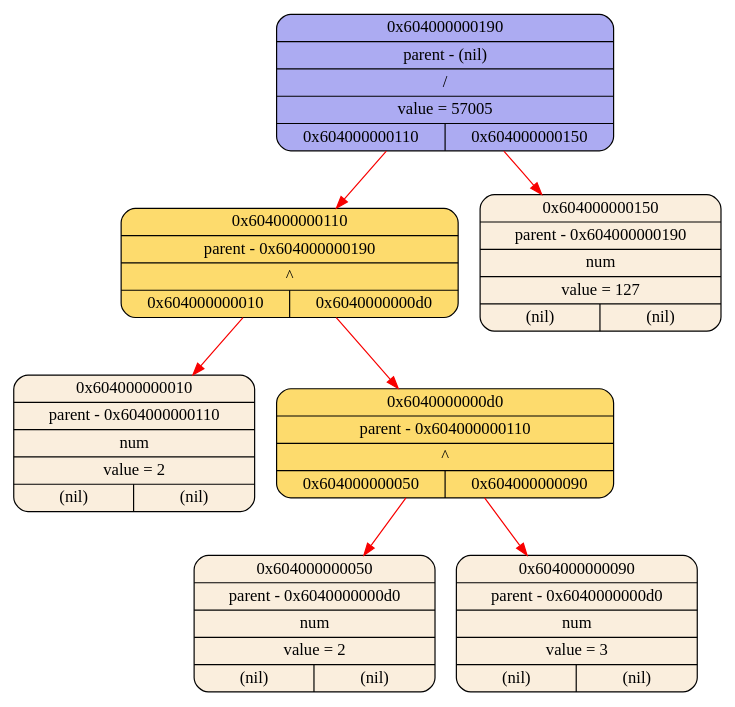
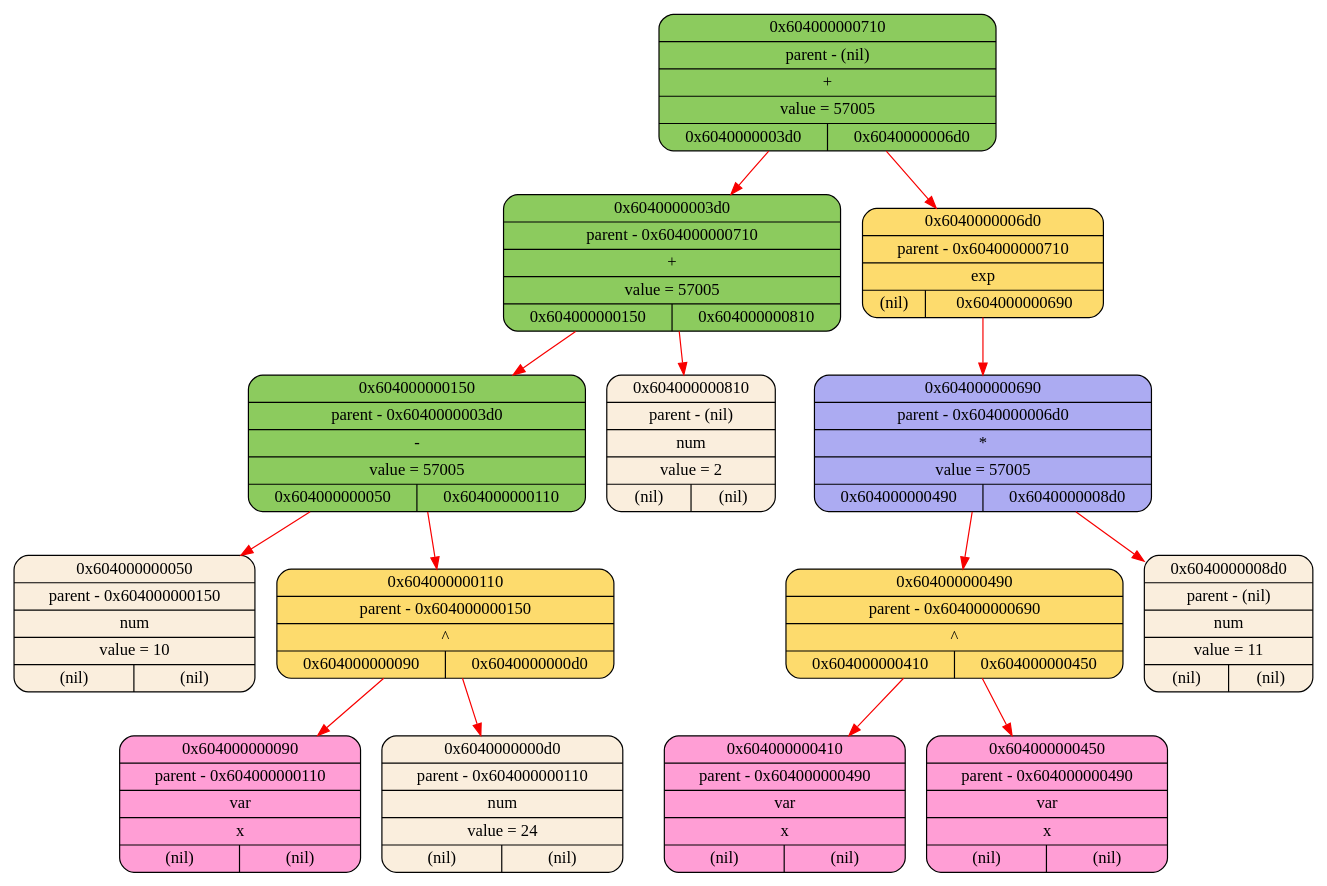
Before and after one commit to 2APetrin/differentiator: the diagram in logs/log_graphviz.dot, drawn with Graphviz. The commit also changed 23 other files, not shown here.

```diff
--- a/logs/log_graphviz.dot
+++ b/logs/log_graphviz.dot
@@ -1,16 +1,30 @@
 digraph
 {
-    node_0x604000000010[shape = Mrecord, label = "{{0x604000000010} | {parent - 0x604000000110} | {num} | {value = 2} | {(nil)|(nil)}}", style = "filled", fillcolor = "#FAEEDD"];
-    node_0x604000000050[shape = Mrecord, label = "{{0x604000000050} | {parent - 0x6040000000d0} | {num} | {value = 2} | {(nil)|(nil)}}", style = "filled", fillcolor = "#FAEEDD"];
-    node_0x604000000090[shape = Mrecord, label = "{{0x604000000090} | {parent - 0x6040000000d0} | {num} | {value = 3} | {(nil)|(nil)}}", style = "filled", fillcolor = "#FAEEDD"];
-    node_0x6040000000d0[shape = Mrecord, label = "{{0x6040000000d0} | {parent - 0x604000000110} | {^} | {0x604000000050|0x604000000090}}", style = "filled", fillcolor = "#FDDB6D"];
-    node_0x604000000110[shape = Mrecord, label = "{{0x604000000110} | {parent - 0x604000000190} | {^} | {0x604000000010|0x6040000000d0}}", style = "filled", fillcolor = "#FDDB6D"];
-    node_0x604000000150[shape = Mrecord, label = "{{0x604000000150} | {parent - 0x604000000190} | {num} | {value = 127} | {(nil)|(nil)}}", style = "filled", fillcolor = "#FAEEDD"];
-    node_0x604000000190[shape = Mrecord, label = "{{0x604000000190} | {parent - (nil)} | {/} | {value = 57005} | {0x604000000110|0x604000000150}}", style = "filled", fillcolor = "#ACABF2"];
-    node_0x604000000190->node_0x604000000110 [color = "#F80000"];
-    node_0x604000000110->node_0x604000000010 [color = "#F80000"];
+    node_0x604000000050[shape = Mrecord, label = "{{0x604000000050} | {parent - 0x604000000150} | {num} | {value = 10} | {(nil)|(nil)}}", style = "filled", fillcolor = "#FAEEDD"];
+    node_0x604000000090[shape = Mrecord, label = "{{0x604000000090} | {parent - 0x604000000110} | {var} | {x} | {(nil)|(nil)}}", style = "filled", fillcolor = "#FF9ED5"];
+    node_0x6040000000d0[shape = Mrecord, label = "{{0x6040000000d0} | {parent - 0x604000000110} | {num} | {value = 24} | {(nil)|(nil)}}", style = "filled", fillcolor = "#FAEEDD"];
+    node_0x604000000110[shape = Mrecord, label = "{{0x604000000110} | {parent - 0x604000000150} | {^} | {0x604000000090|0x6040000000d0}}", style = "filled", fillcolor = "#FDDB6D"];
+    node_0x604000000150[shape = Mrecord, label = "{{0x604000000150} | {parent - 0x6040000003d0} | {-} | {value = 57005} | {0x604000000050|0x604000000110}}", style = "filled", fillcolor = "#8CCB5E"];
+    node_0x604000000810[shape = Mrecord, label = "{{0x604000000810} | {parent - (nil)} | {num} | {value = 2} | {(nil)|(nil)}}", style = "filled", fillcolor = "#FAEEDD"];
+    node_0x6040000003d0[shape = Mrecord, label = "{{0x6040000003d0} | {parent - 0x604000000710} | {+} | {value = 57005} | {0x604000000150|0x604000000810}}", style = "filled", fillcolor = "#8CCB5E"];
+    node_0x604000000410[shape = Mrecord, label = "{{0x604000000410} | {parent - 0x604000000490} | {var} | {x} | {(nil)|(nil)}}", style = "filled", fillcolor = "#FF9ED5"];
+    node_0x604000000450[shape = Mrecord, label = "{{0x604000000450} | {parent - 0x604000000490} | {var} | {x} | {(nil)|(nil)}}", style = "filled", fillcolor = "#FF9ED5"];
+    node_0x604000000490[shape = Mrecord, label = "{{0x604000000490} | {parent - 0x604000000690} | {^} | {0x604000000410|0x604000000450}}", style = "filled", fillcolor = "#FDDB6D"];
+    node_0x6040000008d0[shape = Mrecord, label = "{{0x6040000008d0} | {parent - (nil)} | {num} | {value = 11} | {(nil)|(nil)}}", style = "filled", fillcolor = "#FAEEDD"];
+    node_0x604000000690[shape = Mrecord, label = "{{0x604000000690} | {parent - 0x6040000006d0} | {*} | {value = 57005} | {0x604000000490|0x6040000008d0}}", style = "filled", fillcolor = "#ACABF2"];
+    node_0x6040000006d0[shape = Mrecord, label = "{{0x6040000006d0} | {parent - 0x604000000710} | {exp} | {(nil)|0x604000000690}}", style = "filled", fillcolor = "#FDDB6D"];
+    node_0x604000000710[shape = Mrecord, label = "{{0x604000000710} | {parent - (nil)} | {+} | {value = 57005} | {0x6040000003d0|0x6040000006d0}}", style = "filled", fillcolor = "#8CCB5E"];
+    node_0x604000000710->node_0x6040000003d0 [color = "#F80000"];
+    node_0x6040000003d0->node_0x604000000150 [color = "#F80000"];
+    node_0x604000000150->node_0x604000000050 [color = "#F80000"];
+    node_0x604000000150->node_0x604000000110 [color = "#F80000"];
+    node_0x604000000110->node_0x604000000090 [color = "#F80000"];
     node_0x604000000110->node_0x6040000000d0 [color = "#F80000"];
-    node_0x6040000000d0->node_0x604000000050 [color = "#F80000"];
-    node_0x6040000000d0->node_0x604000000090 [color = "#F80000"];
-    node_0x604000000190->node_0x604000000150 [color = "#F80000"];
+    node_0x6040000003d0->node_0x604000000810 [color = "#F80000"];
+    node_0x604000000710->node_0x6040000006d0 [color = "#F80000"];
+    node_0x6040000006d0->node_0x604000000690 [color = "#F80000"];
+    node_0x604000000690->node_0x604000000490 [color = "#F80000"];
+    node_0x604000000490->node_0x604000000410 [color = "#F80000"];
+    node_0x604000000490->node_0x604000000450 [color = "#F80000"];
+    node_0x604000000690->node_0x6040000008d0 [color = "#F80000"];
 }
```
